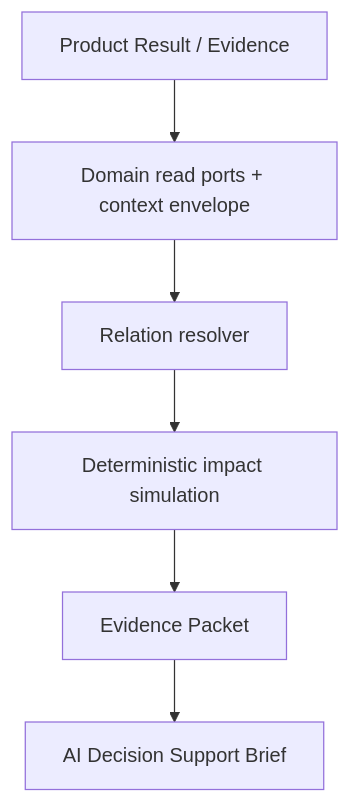
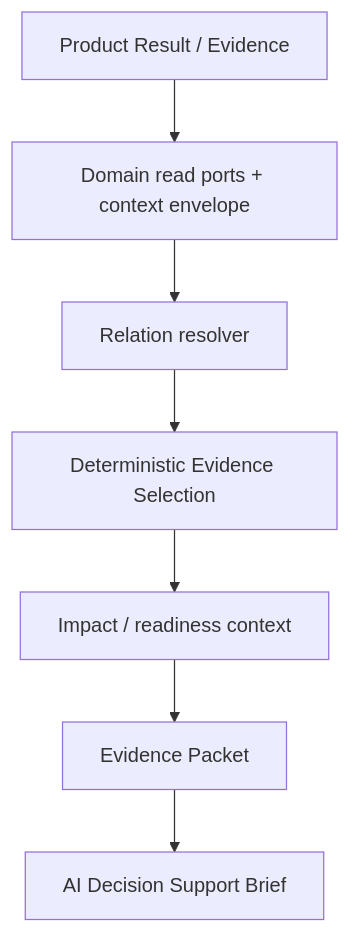
One commit to Biz-CollabCraft/ontology_dashboard changed the first of 2 diagrams in docs/plans/ai-workflow/2026-09-03-002-ai-solution-engineer-presentation-frame-plan.md. Above: the diagram before and after it, drawn with Mermaid. The commit also changed other lines of this file and 4 other files, not shown here.

````diff
--- a/docs/plans/ai-workflow/2026-09-03-002-ai-solution-engineer-presentation-frame-plan.md
+++ b/docs/plans/ai-workflow/2026-09-03-002-ai-solution-engineer-presentation-frame-plan.md
@@ -59,8 +62,9 @@
 ```mermaid
 flowchart TB
   A["Product Result / Evidence"] --> B["Domain read ports + context envelope"]
   B --> C["Relation resolver"]
-  C --> D["Deterministic impact simulation"]
-  D --> E["Evidence Packet"]
-  E --> F["AI Decision Support Brief"]
+  C --> D["Deterministic Evidence Selection"]
+  D --> E["Impact / readiness context"]
+  E --> F["Evidence Packet"]
+  F --> G["AI Decision Support Brief"]
 ```
````
